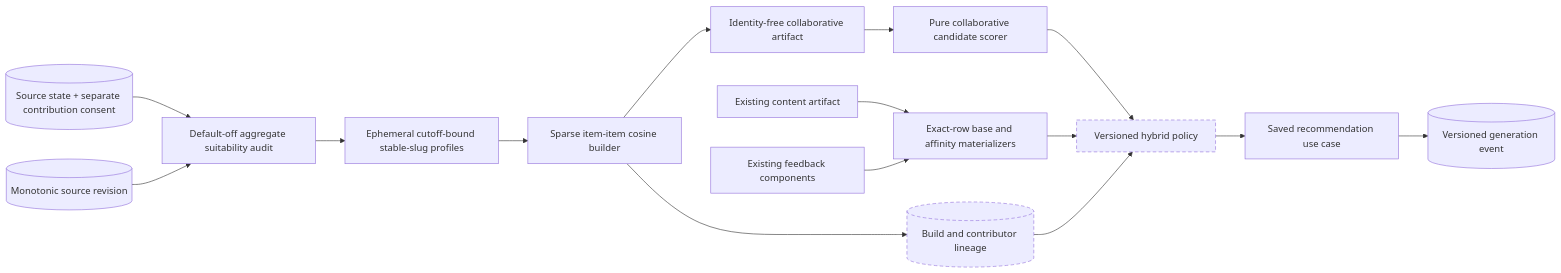
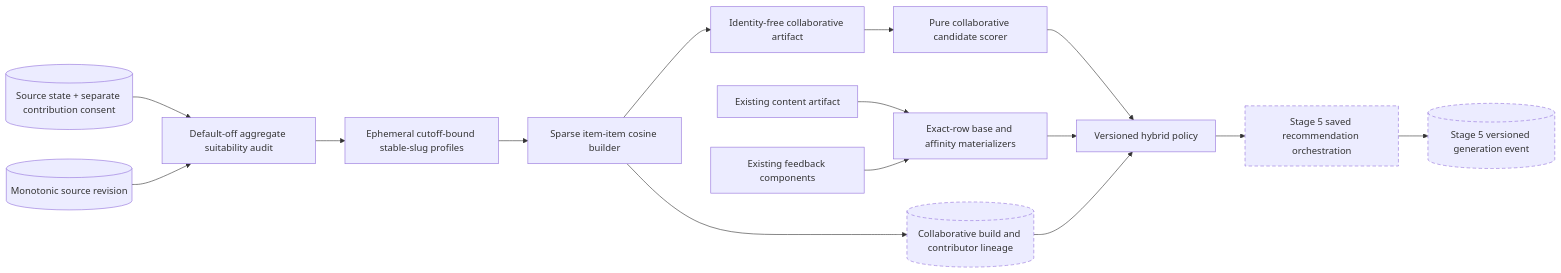
The fourth of 4 diagrams in docs/architecture.md (Khang206206/gamelens-ai), drawn with Mermaid before and after one commit. The commit also changed other lines of this file and 5 other files, not shown here.

````diff
--- a/docs/architecture.md
+++ b/docs/architecture.md
@@ -143,34 +145,34 @@
 ```mermaid
 flowchart LR
     State[("Source state + separate contribution consent")]
     Revision[("Monotonic source revision")]
     Audit["Default-off aggregate suitability audit"]
     Snapshot["Ephemeral cutoff-bound stable-slug profiles"]
     Builder["Sparse item-item cosine builder"]
     CF["Identity-free collaborative artifact"]
     Scorer["Pure collaborative candidate scorer"]
-    Lineage[("Build and contributor lineage")]:::future
+    Lineage[("Collaborative build and contributor lineage")]:::future
     Content["Existing content artifact"]
     Feedback["Existing feedback components"]
     Materializers["Exact-row base and affinity materializers"]
-    Hybrid["Versioned hybrid policy"]:::future
-    API["Saved recommendation use case"]
-    Event[("Versioned generation event")]
+    Hybrid["Versioned hybrid policy"]
+    API["Stage 5 saved recommendation orchestration"]:::future
+    Event[("Stage 5 versioned generation event")]:::future
 
     State --> Audit
     Audit --> Snapshot
     Revision --> Audit
     Snapshot --> Builder
     Builder --> CF
     Builder --> Lineage
     CF --> Scorer
     Content --> Materializers
     Feedback --> Materializers
     Scorer --> Hybrid
     Materializers --> Hybrid
     Lineage --> Hybrid
     Hybrid --> API
     API --> Event
 
     classDef future stroke-dasharray: 6 4
 ```
````
